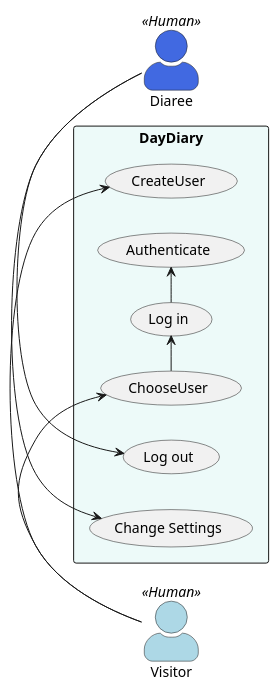
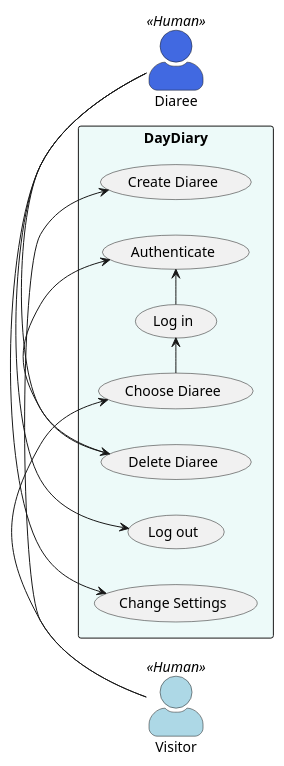
One commit to gabrijelokorn/daydiary changed the second of 3 diagrams in docs/requirements-gathering/usecase.puml. Above: the diagram before and after it, drawn with PlantUML. The commit also changed other lines of this file and 1 other file, not shown here.

```diff
--- a/docs/requirements-gathering/usecase.puml
+++ b/docs/requirements-gathering/usecase.puml
@@ -108,24 +41,27 @@
 @startuml
 left to right direction
 skinparam actorStyle awesome
 
 actor Diaree <<Human>> #royalblue 
 actor Visitor <<Human>> #lightblue
 
 rectangle DayDiary #edfaf9 {
-  usecase createUser as "CreateUser"
-  usecase chooseUser as "ChooseUser"
+  usecase deleteUser as "Delete Diaree"
+  usecase createUser as "Create Diaree"
+  usecase chooseUser as "Choose Diaree"
   usecase login as "Log in"
   usecase logout as "Log out"
   usecase changeSettings as "Change Settings"
   usecase auth as "Authenticate"
 }
 
 Visitor -> createUser
 Visitor  -> chooseUser
+Diaree  -> deleteUser
+deleteUser -> auth
 Diaree  -> logout
 Diaree  -> changeSettings
 
 chooseUser -> login
 login -> auth
 @enduml
```
